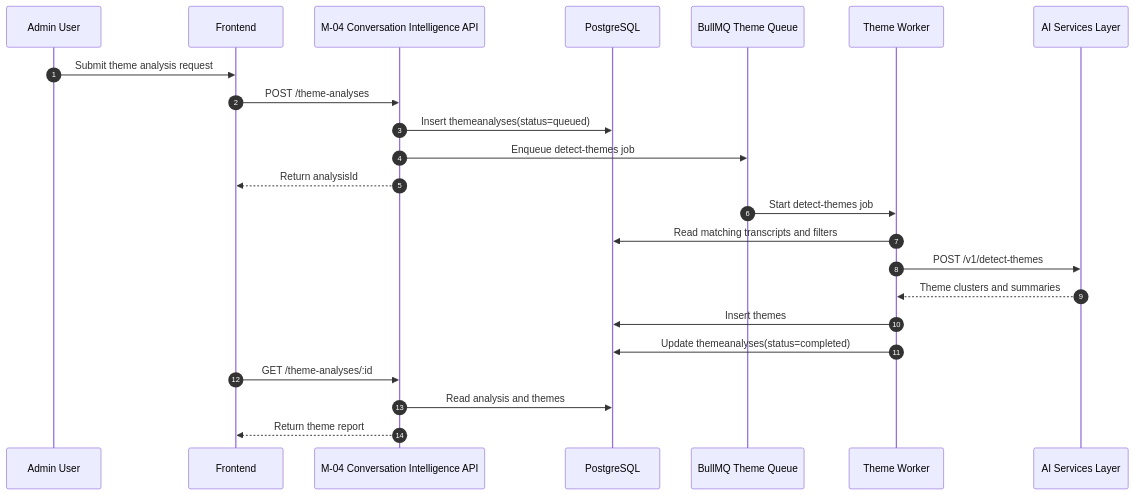
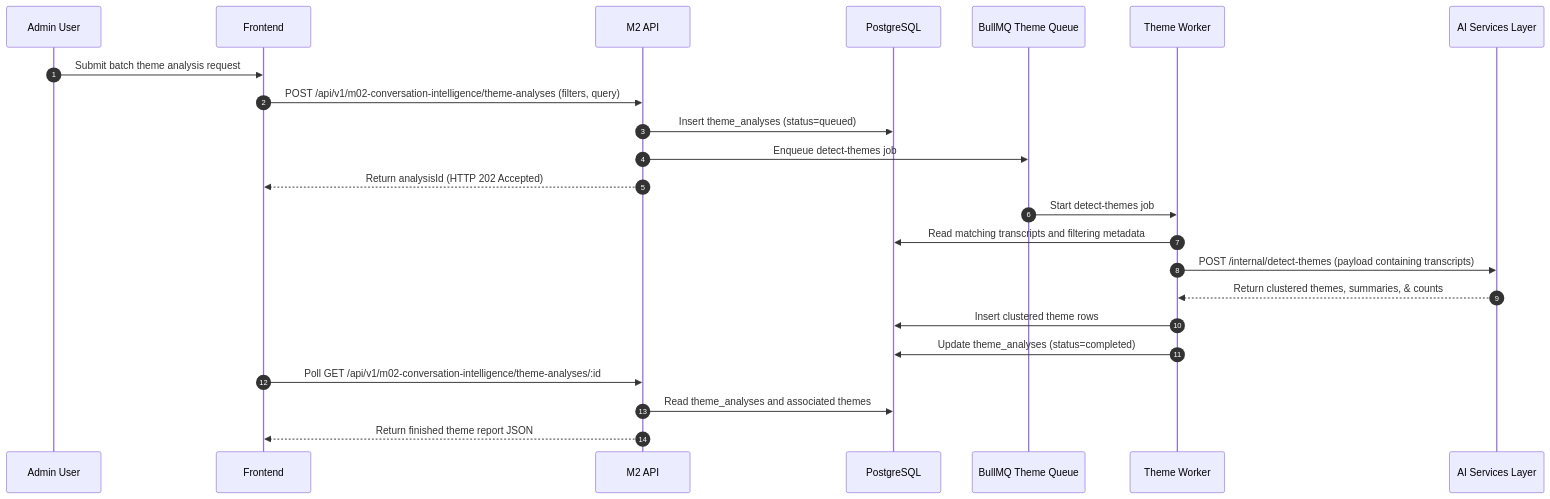
One commit to PoojaTiwari09/FB-and-RP-Fixes changed the third of 6 diagrams in Reference documents/M2 Conversation Intelligence/Sequence Diagrams for M2.md. Above: the diagram before and after it, drawn with Mermaid. The commit also changed other lines of this file and 79 other files, not shown here.

````diff
--- a/Reference documents/M2 Conversation Intelligence/Sequence Diagrams for M2.md
+++ b/Reference documents/M2 Conversation Intelligence/Sequence Diagrams for M2.md
@@ -247,28 +120,28 @@
 ```mermaid
 sequenceDiagram
     autonumber
     participant U as Admin User
     participant FE as Frontend
-    participant M04 as M-04 Conversation Intelligence API
+    participant M2 as M2 API
     participant DB as PostgreSQL
     participant Q as BullMQ Theme Queue
     participant W as Theme Worker
     participant AI as AI Services Layer
 
-    U->>FE: Submit theme analysis request
-    FE->>M04: POST /theme-analyses
-    M04->>DB: Insert themeanalyses(status=queued)
-    M04->>Q: Enqueue detect-themes job
-    M04-->>FE: Return analysisId
+    U->>FE: Submit batch theme analysis request
+    FE->>M2: POST /api/v1/m02-conversation-intelligence/theme-analyses (filters, query)
+    M2->>DB: Insert theme_analyses (status=queued)
+    M2->>Q: Enqueue detect-themes job
+    M2-->>FE: Return analysisId (HTTP 202 Accepted)
 
     Q->>W: Start detect-themes job
-    W->>DB: Read matching transcripts and filters
-    W->>AI: POST /v1/detect-themes
-    AI-->>W: Theme clusters and summaries
-    W->>DB: Insert themes
-    W->>DB: Update themeanalyses(status=completed)
+    W->>DB: Read matching transcripts and filtering metadata
+    W->>AI: POST /internal/detect-themes (payload containing transcripts)
+    AI-->>W: Return clustered themes, summaries, & counts
+    W->>DB: Insert clustered theme rows
+    W->>DB: Update theme_analyses (status=completed)
 
-    FE->>M04: GET /theme-analyses/:id
-    M04->>DB: Read analysis and themes
-    M04-->>FE: Return theme report
+    FE->>M2: Poll GET /api/v1/m02-conversation-intelligence/theme-analyses/:id
+    M2->>DB: Read theme_analyses and associated themes
+    M2-->>FE: Return finished theme report JSON
 ```
````
